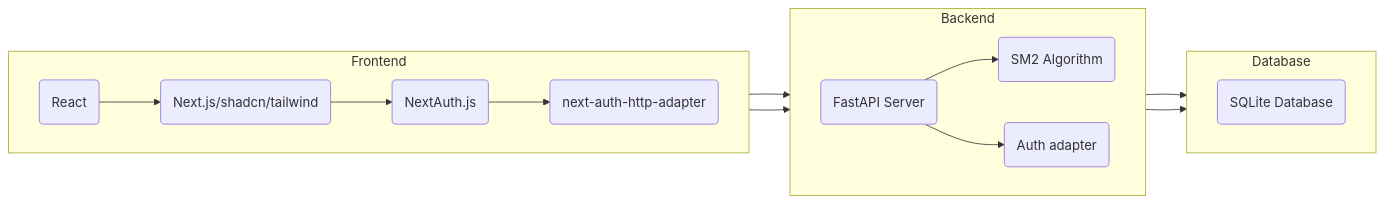
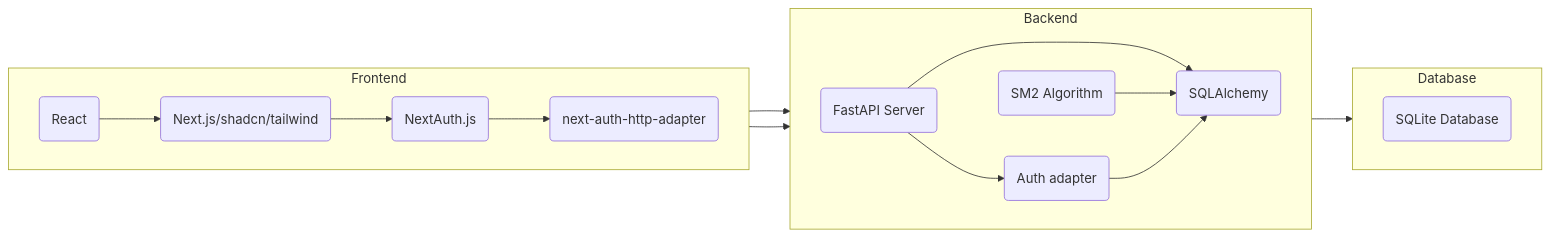
One commit to sboagy/tunetrees changed the second of 3 diagrams in README.md. Above: the diagram before and after it, drawn with Mermaid. The commit also changed other lines of this file and 1 other file, not shown here.

````diff
--- a/README.md
+++ b/README.md
@@ -42,29 +42,31 @@
 ```mermaid
 graph LR
     subgraph Database
         direction LR
         B(SQLite Database)
     end
     subgraph Backend
         direction LR
         A(FastAPI Server)
         C(SM2 Algorithm)
         H(Auth adapter)
-        A --> C
+        J(SQLAlchemy)
+        A --> J
         A --> H
-        C --> B
-        H --> B
+        J --> B
+        C --> J
+        H --> J
     end
     subgraph Frontend
         direction LR
         D(React)
         E(Next.js/shadcn/tailwind)
         F(NextAuth.js)
         G(next-auth-http-adapter)
         D --> E
         E --> F
         F --> G
     end
     E --> A
     G --> A
 ```
````
